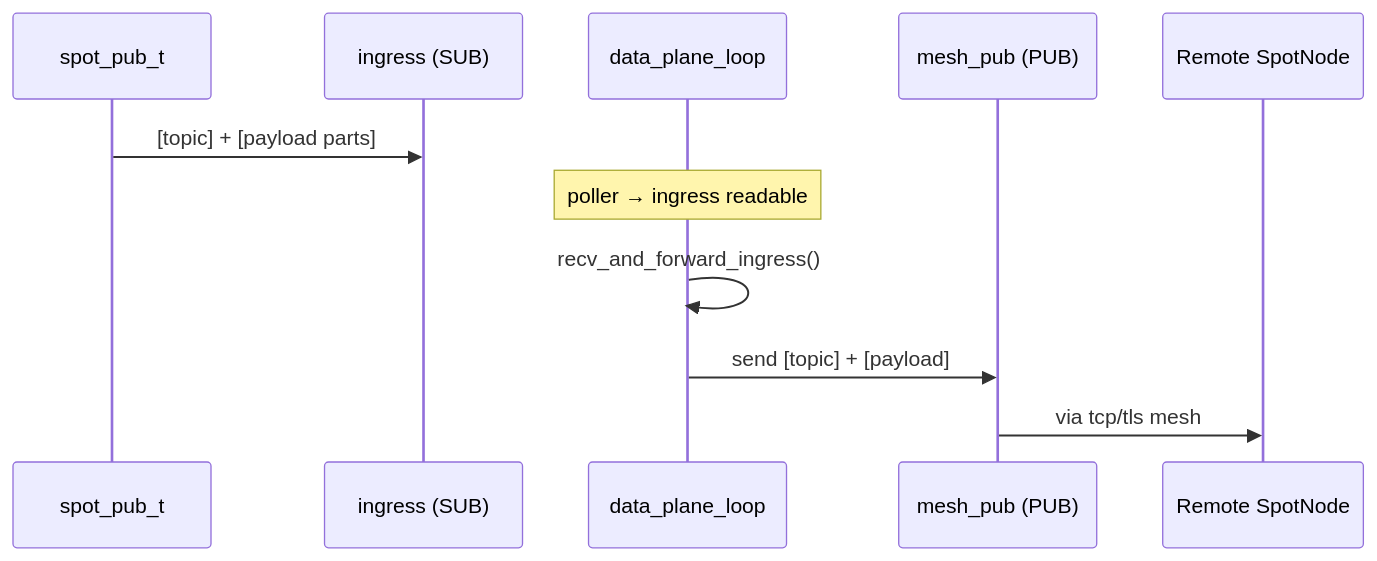
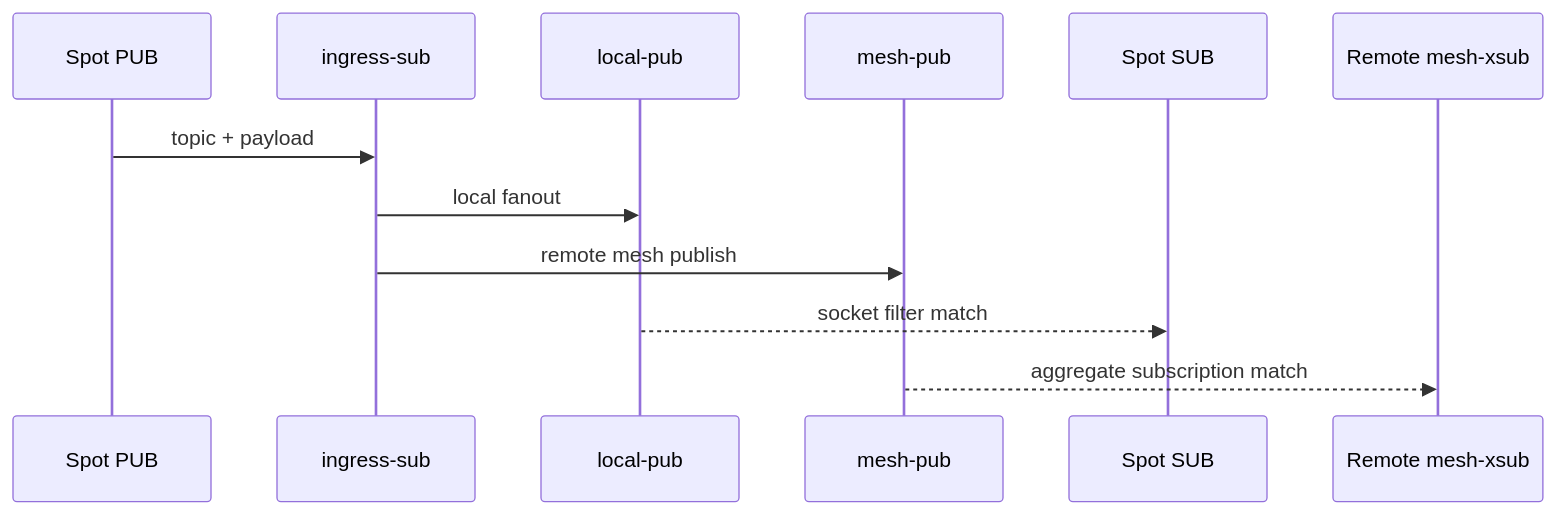
Before and after one commit to kairos-code-dev/zlink: the third of 5 diagrams in doc/internals/spot-internals.md, drawn with Mermaid. The commit also changed other lines of this file and 117 other files, not shown here.

````diff
--- a/doc/internals/spot-internals.md
+++ b/doc/internals/spot-internals.md
@@ -211,16 +120,15 @@
 ```mermaid
 sequenceDiagram
-    participant Pub as spot_pub_t
-    participant Ingress as ingress (SUB)
-    participant DP as data_plane_loop
-    participant MeshPub as mesh_pub (PUB)
-    participant Remote as Remote SpotNode
+    participant Pub as Spot PUB
+    participant In as ingress-sub
+    participant Local as local-pub
+    participant Mesh as mesh-pub
+    participant Sub as Spot SUB
+    participant Peer as Remote mesh-xsub
 
-    Pub->>Ingress: [topic] + [payload parts]
-    Note over DP: poller → ingress readable
-    DP->>DP: recv_and_forward_ingress()
-
-    DP->>MeshPub: send [topic] + [payload]
-
-    MeshPub->>Remote: via tcp/tls mesh
+    Pub->>In: topic + payload
+    In->>Local: local fanout
+    In->>Mesh: remote mesh publish
+    Local-->>Sub: socket filter match
+    Mesh-->>Peer: aggregate subscription match
 ```
````
